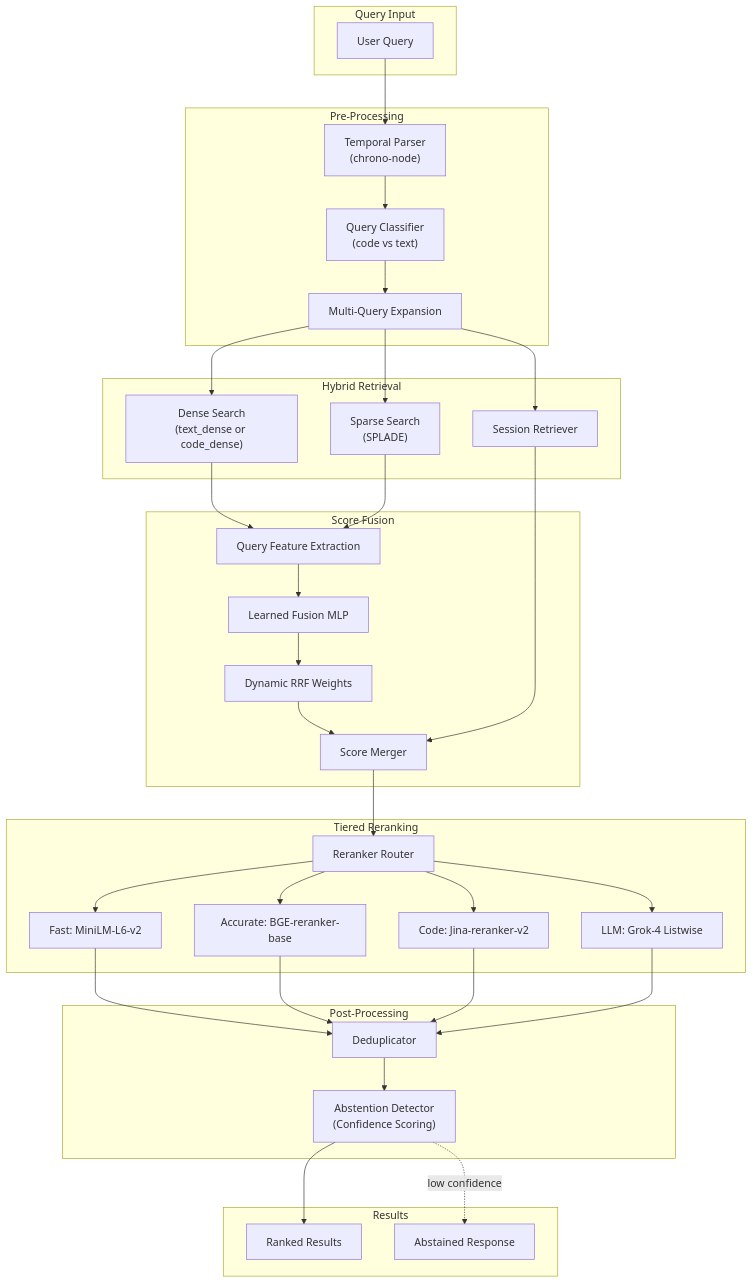
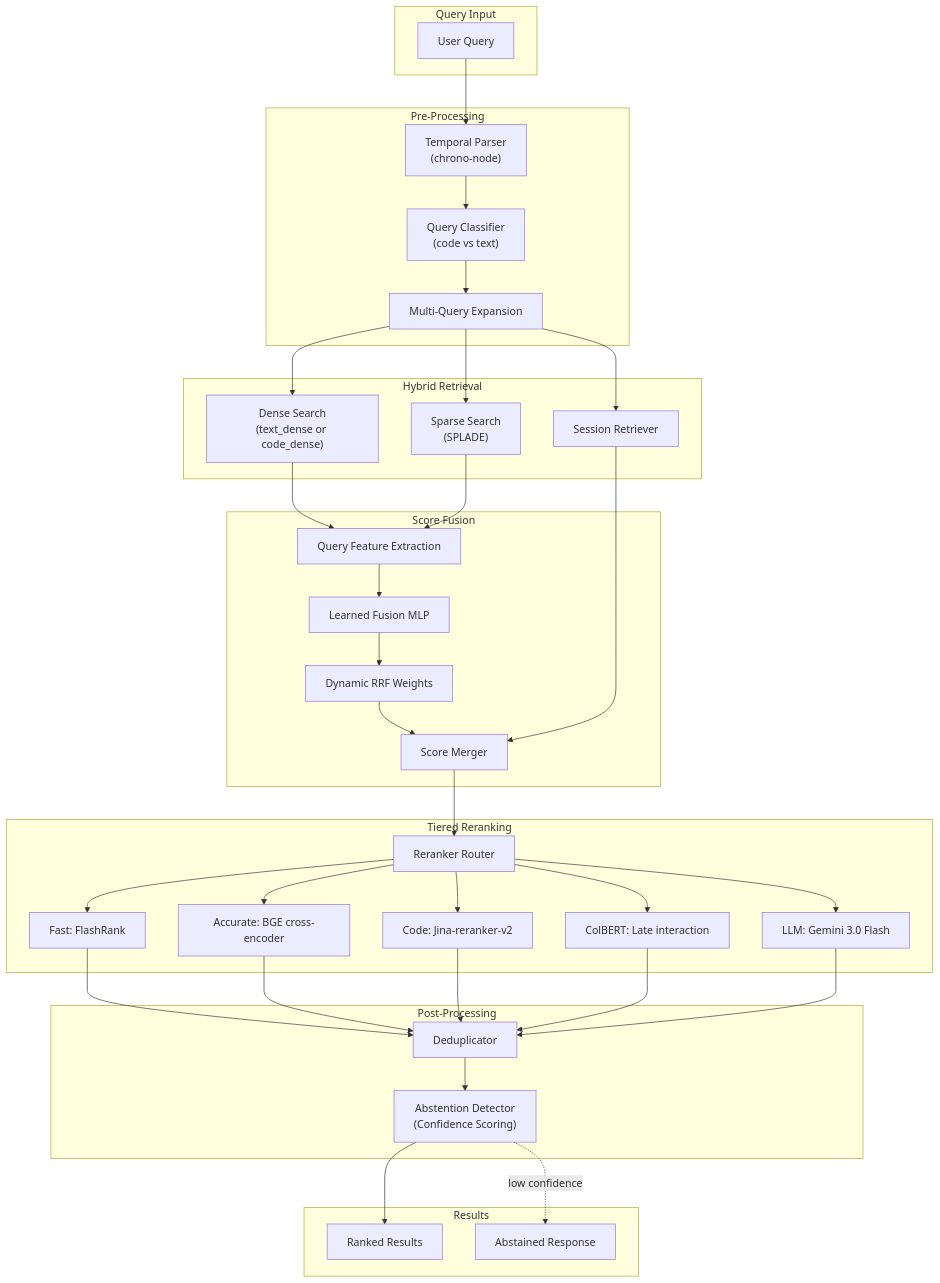
One commit to rawcontext/engram changed the sixth of 12 diagrams in ARCHITECTURE.md. Above: the diagram before and after it, drawn with Mermaid. The commit also changed other lines of this file and 12 other files, not shown here.

First line of the commit message:
docs: update ARCHITECTURE.md and switch LLM from Grok to Gemini 3.0 Flash

````diff
--- a/ARCHITECTURE.md
+++ b/ARCHITECTURE.md
@@ -444,54 +494,55 @@
 ```mermaid
 flowchart TB
     subgraph Query["Query Input"]
         UserQuery["User Query"]
     end
 
     subgraph PreProcessing["Pre-Processing"]
         TemporalParser["Temporal Parser<br/>(chrono-node)"]
         QueryClassifier["Query Classifier<br/>(code vs text)"]
         MultiQuery["Multi-Query Expansion"]
     end
 
     subgraph Retrieval["Hybrid Retrieval"]
         Dense["Dense Search<br/>(text_dense or code_dense)"]
         SparseSearch["Sparse Search<br/>(SPLADE)"]
         SessionRetriever["Session Retriever"]
     end
 
     subgraph Fusion["Score Fusion"]
         QueryFeatures["Query Feature Extraction"]
         FusionPredictor["Learned Fusion MLP"]
         RRF["Dynamic RRF Weights"]
         ScoreMerger["Score Merger"]
     end
 
     subgraph Reranking["Tiered Reranking"]
         RerankerRouter["Reranker Router"]
-        Fast["Fast: MiniLM-L6-v2"]
-        Accurate["Accurate: BGE-reranker-base"]
+        Fast["Fast: FlashRank"]
+        Accurate["Accurate: BGE cross-encoder"]
         CodeRank["Code: Jina-reranker-v2"]
-        LLM["LLM: Grok-4 Listwise"]
+        ColBERT["ColBERT: Late interaction"]
+        LLM["LLM: Gemini 3.0 Flash"]
     end
 
     subgraph PostProcessing["Post-Processing"]
         Dedup["Deduplicator"]
         AbstentionDetector["Abstention Detector<br/>(Confidence Scoring)"]
     end
 
     subgraph Output["Results"]
         Results["Ranked Results"]
         Abstained["Abstained Response"]
     end
 
     UserQuery --> TemporalParser --> QueryClassifier --> MultiQuery
     MultiQuery --> Dense & SparseSearch & SessionRetriever
     Dense & SparseSearch --> QueryFeatures
     QueryFeatures --> FusionPredictor --> RRF --> ScoreMerger
     SessionRetriever --> ScoreMerger
     ScoreMerger --> RerankerRouter
-    RerankerRouter --> Fast & Accurate & CodeRank & LLM
-    Fast & Accurate & CodeRank & LLM --> Dedup --> AbstentionDetector
+    RerankerRouter --> Fast & Accurate & CodeRank & ColBERT & LLM
+    Fast & Accurate & CodeRank & ColBERT & LLM --> Dedup --> AbstentionDetector
     AbstentionDetector --> Results
     AbstentionDetector -.->|"low confidence"| Abstained
 ```
````
